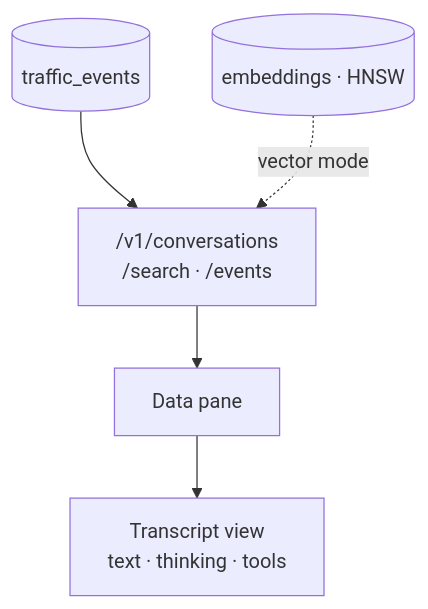
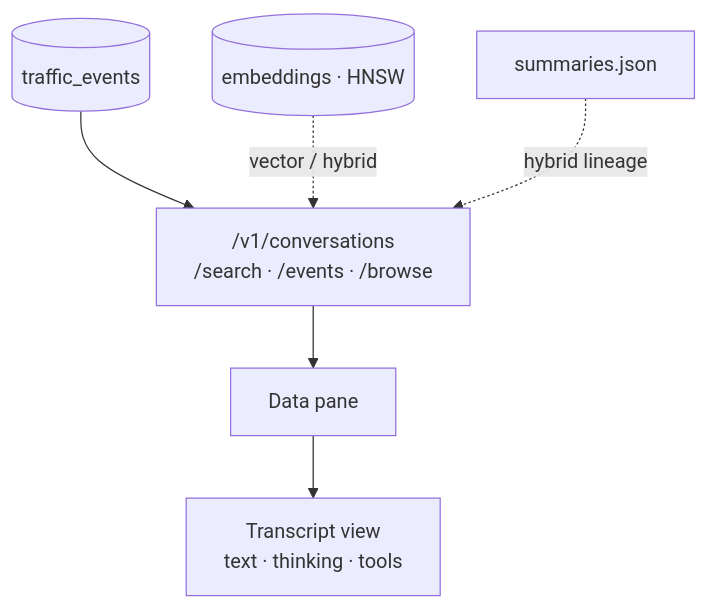
One commit to Rivethub/ExperimentOne changed the sixth of 13 diagrams in docs/architecture.md. Above: the diagram before and after it, drawn with Mermaid. The commit also changed other lines of this file and 28 other files, not shown here.

````diff
--- a/docs/architecture.md
+++ b/docs/architecture.md
@@ -186,7 +293,8 @@
 ```mermaid
 flowchart TB
-  CH[(traffic_events)] --> API["/v1/conversations<br/>/search · /events"]
-  Emb[(embeddings · HNSW)] -.->|vector mode| API
+  CH[(traffic_events)] --> API["/v1/conversations<br/>/search · /events · /browse"]
+  Emb[(embeddings · HNSW)] -.->|vector / hybrid| API
+  MetaS[summaries.json] -.->|hybrid lineage| API
   API --> UI[Data pane]
   UI --> T[Transcript view<br/>text · thinking · tools]
 ```
````
